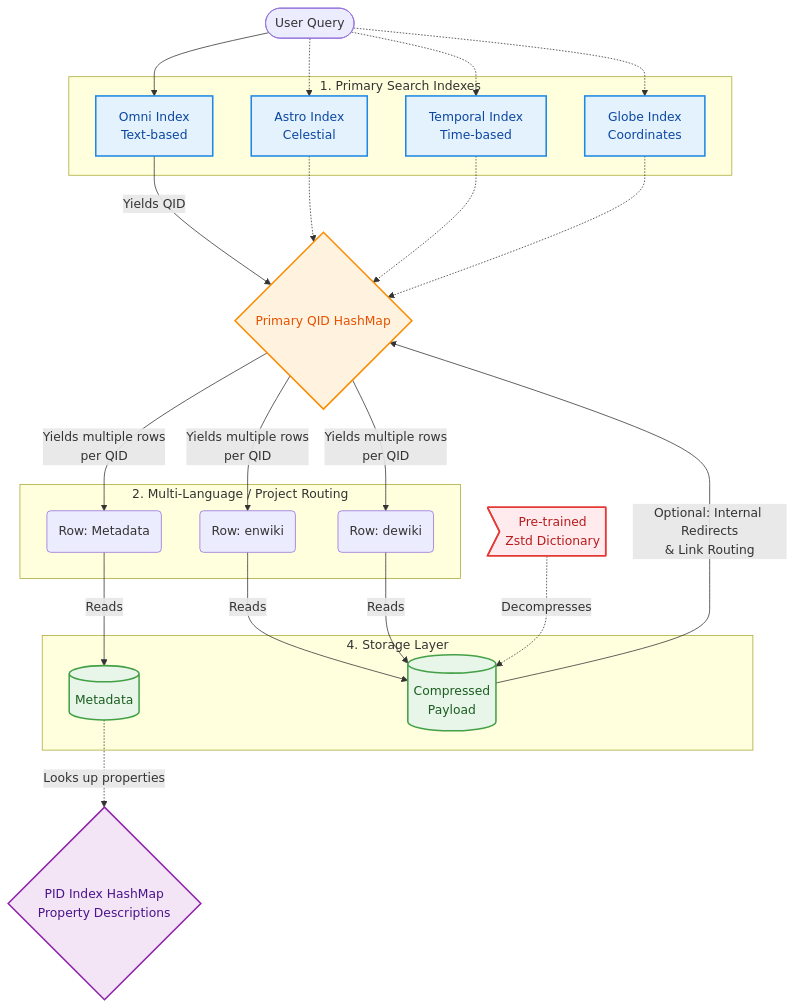
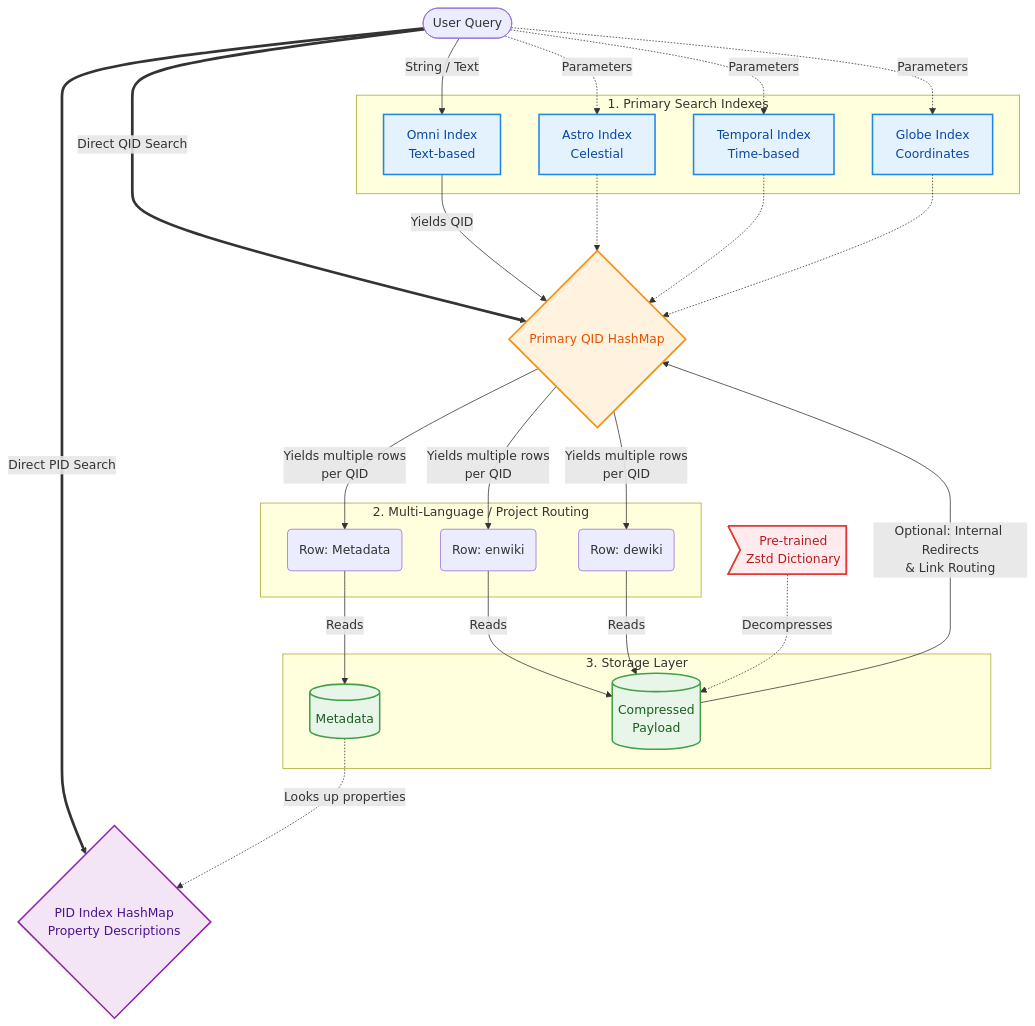
The diagram in README.md (jmueller209/WIKI_PDA), drawn with Mermaid before and after one commit.

````diff
--- a/README.md
+++ b/README.md
@@ -16,55 +16,60 @@
 ```mermaid
 flowchart TD
     %% Color Palette Definition
     classDef search fill:#e3f2fd,stroke:#1e88e5,stroke-width:2px,color:#0d47a1
     classDef memory fill:#fff3e0,stroke:#fb8c00,stroke-width:2px,color:#e65100
     classDef storage fill:#e8f5e9,stroke:#43a047,stroke-width:2px,color:#1b5e20
     classDef meta fill:#f3e5f5,stroke:#8e24aa,stroke-width:2px,color:#4a148c
     classDef tool fill:#ffebee,stroke:#e53935,stroke-width:2px,color:#b71c1c
 
     User([User Query])
 
     subgraph Phase1 [1. Primary Search Indexes]
         OS[Omni Index<br>Text-based]:::search
         AS[Astro Index<br>Celestial]:::search
         TS[Temporal Index<br>Time-based]:::search
         CS[Globe Index<br>Coordinates]:::search
     end
 
-    User --> OS
-    User -.-> AS
-    User -.-> TS
-    User -.-> CS
+    %% Normal Search Routes
+    User -->|String / Text| OS
+    User -.->|Parameters| AS
+    User -.->|Parameters| TS
+    User -.->|Parameters| CS
+
+    %% Direct ID Search Routes (Bypassing Phase 1)
+    User == Direct QID Search ==> HM
+    User == Direct PID Search ==> PID
 
     HM{Primary QID HashMap}:::memory
     
     OS -- Yields QID --> HM
     AS -.-> HM
     TS -.-> HM
     CS -.-> HM
 
     subgraph Phase2 [2. Multi-Language / Project Routing]
         R1(Row: Metadata)
         R2(Row: enwiki)
         R3(Row: dewiki)
     end
 
     HM -- Yields multiple rows<br>per QID --> R1 & R2 & R3
 
-    subgraph Phase3 [4. Storage Layer]
+    subgraph Phase3 [3. Storage Layer]
         MD[(Metadata)]:::storage
         DAT[(Compressed<br>Payload)]:::storage
     end
 
     R1 -->|Reads| MD
     R2 -->|Reads| DAT
     R3 -->|Reads| DAT
 
     PID{PID Index HashMap<br>Property Descriptions}:::meta
     MD -. Looks up properties .-> PID
 
     DAT -- Optional: Internal Redirects<br>& Link Routing --> HM
 
     ZDICT>Pre-trained<br>Zstd Dictionary]:::tool
     ZDICT -.->|Decompresses| DAT
 ```
````
